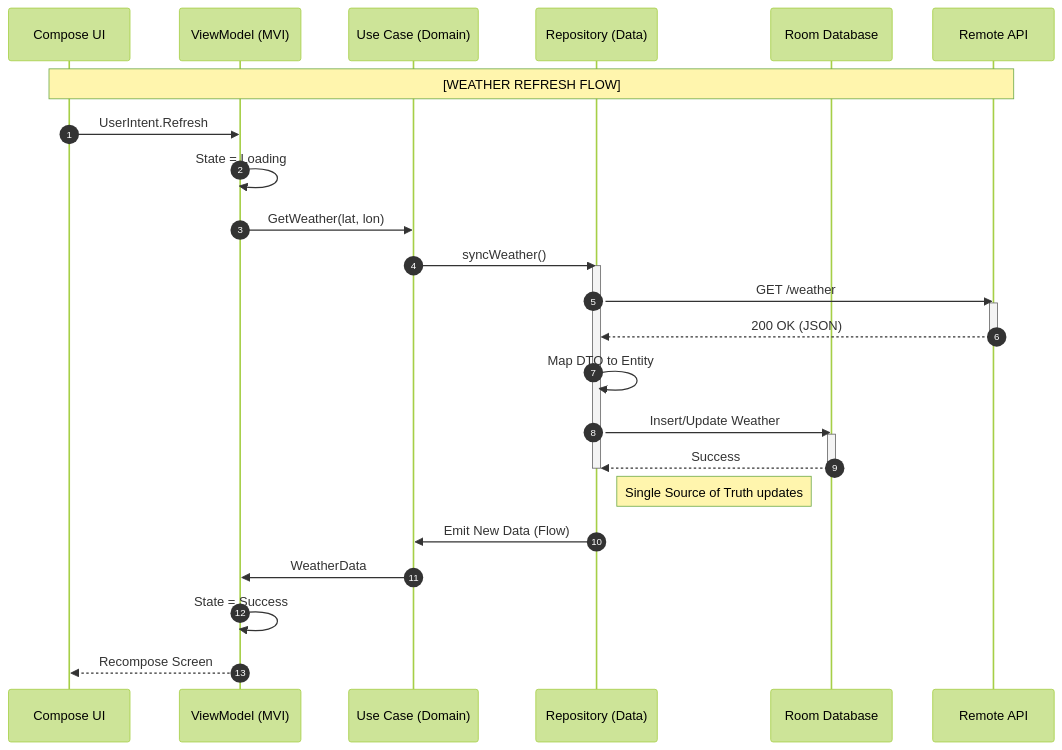
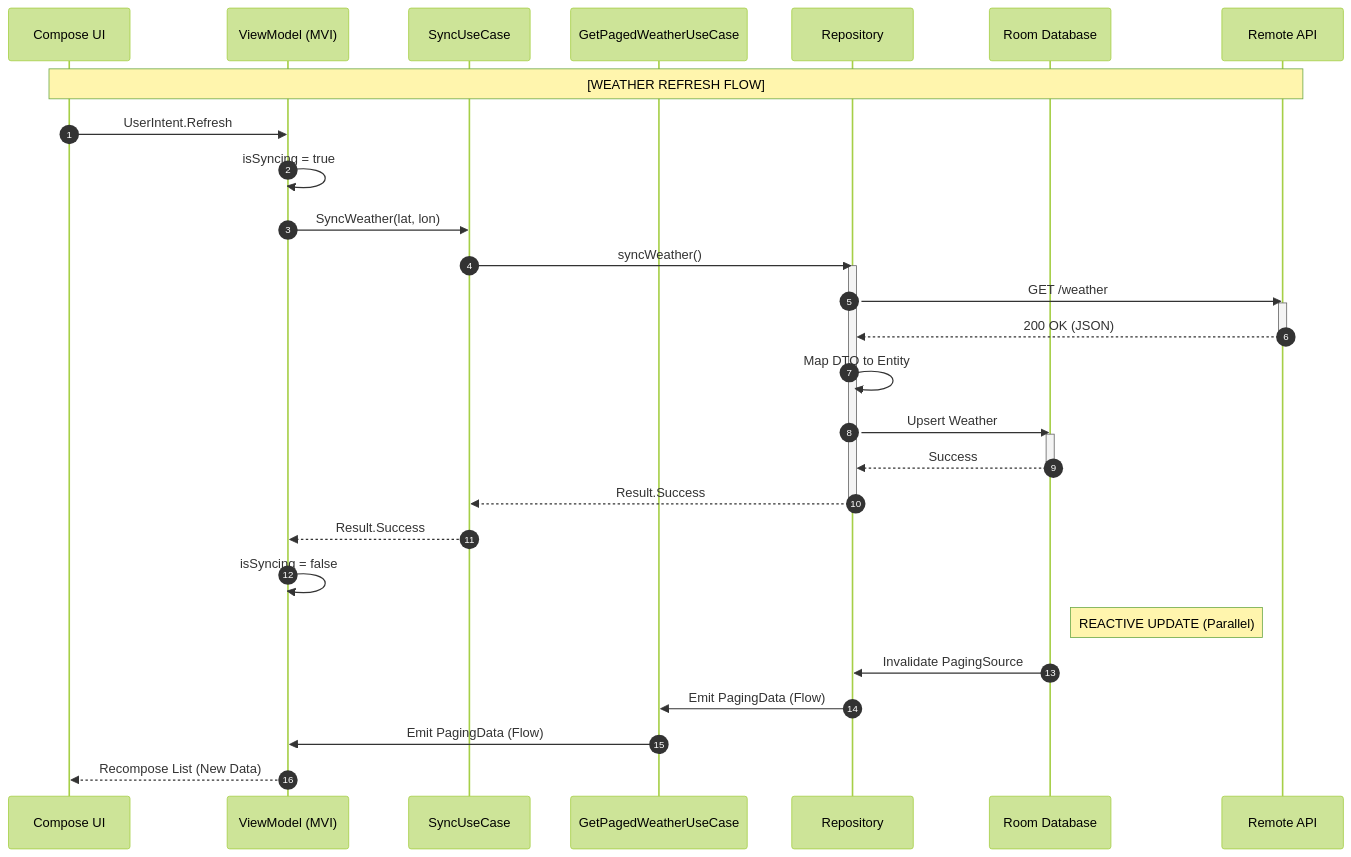
Before and after one commit to miggymamba/VindexWeather: the diagram in README.md, drawn with Mermaid (forest theme). The commit also changed other lines of this file and 8 other files, not shown here.

`````diff
--- a/README.md
+++ b/README.md
@@ -102,39 +104,43 @@
-````mermaid
+```mermaid
 sequenceDiagram
     autonumber
     participant UI as Compose UI
     participant VM as ViewModel (MVI)
-    participant UC as Use Case (Domain)
-    participant REPO as Repository (Data)
+    participant UCS as SyncUseCase
+    participant UCO as GetPagedWeatherUseCase
+    participant REPO as Repository
     participant DB as Room Database
     participant API as Remote API
 
     Note over UI, API: [WEATHER REFRESH FLOW]
 
     UI->>VM: UserIntent.Refresh
-    VM->>VM: State = Loading
-    VM->>UC: GetWeather(lat, lon)
+    VM->>VM: isSyncing = true
+    VM->>UCS: SyncWeather(lat, lon)
     
-    UC->>REPO: syncWeather()
+    UCS->>REPO: syncWeather()
     activate REPO
     
     REPO->>API: GET /weather
     activate API
     API-->>REPO: 200 OK (JSON)
     deactivate API
     
     REPO->>REPO: Map DTO to Entity
-    REPO->>DB: Insert/Update Weather
+    REPO->>DB: Upsert Weather
     activate DB
     DB-->>REPO: Success
     deactivate DB
     
+    REPO-->>UCS: Result.Success
     deactivate REPO
+    UCS-->>VM: Result.Success
+    VM->>VM: isSyncing = false
 
-    Note right of REPO: Single Source of Truth updates
+    Note right of DB: REACTIVE UPDATE (Parallel)
 
-    REPO->>UC: Emit New Data (Flow)
-    UC->>VM: WeatherData
-    VM->>VM: State = Success
-    VM-->>UI: Recompose Screen
-````
+    DB->>REPO: Invalidate PagingSource
+    REPO->>UCO: Emit PagingData (Flow)
+    UCO->>VM: Emit PagingData (Flow)
+    VM-->>UI: Recompose List (New Data)
+```
`````
